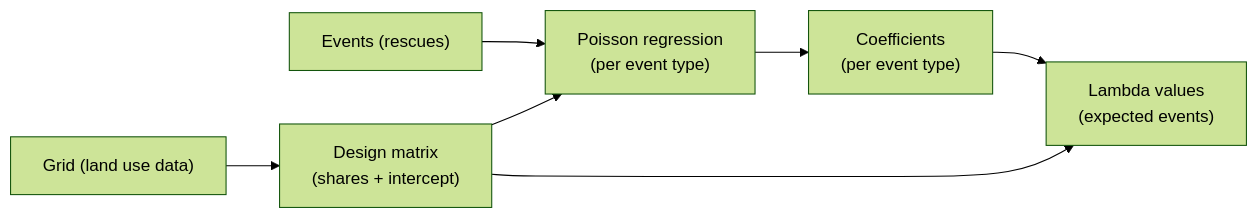
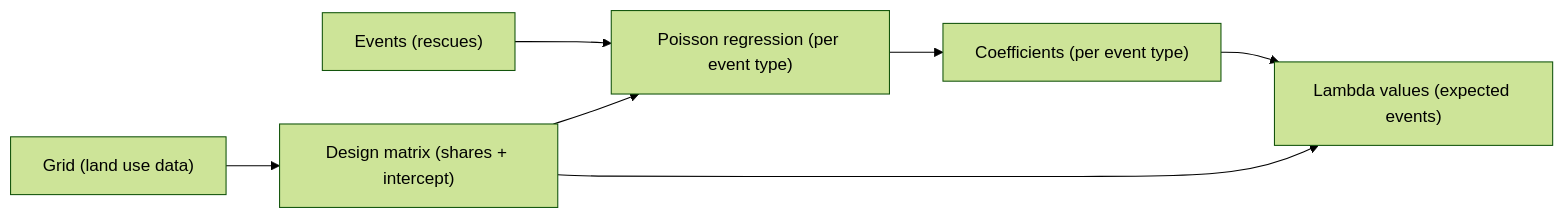
Before and after one commit to filipkristoferssonVTI/CERTAIN: the first of 2 diagrams in README.md, drawn with Mermaid (forest theme). The commit also changed other lines of this file, not shown here.

````diff
--- a/README.md
+++ b/README.md
@@ -44,9 +44,9 @@
 ```mermaid
 graph LR
-    G["Grid (land use data)"] --> DM["Design matrix\n(shares + intercept)"]
-    E["Events (rescues)"] --> PR["Poisson regression\n(per event type)"]
+    G["Grid (land use data)"] --> DM["Design matrix (shares + intercept)"]
+    E["Events (rescues)"] --> PR["Poisson regression (per event type)"]
     DM --> PR
-    PR --> C["Coefficients\n(per event type)"]
-    C --> L["Lambda values\n(expected events)"]
+    PR --> C["Coefficients (per event type)"]
+    C --> L["Lambda values (expected events)"]
     DM --> L
 ```
````
